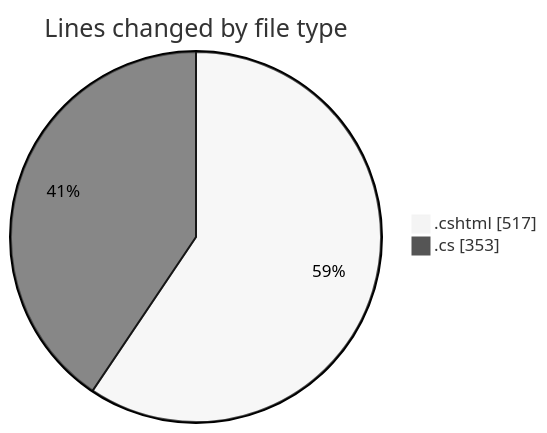
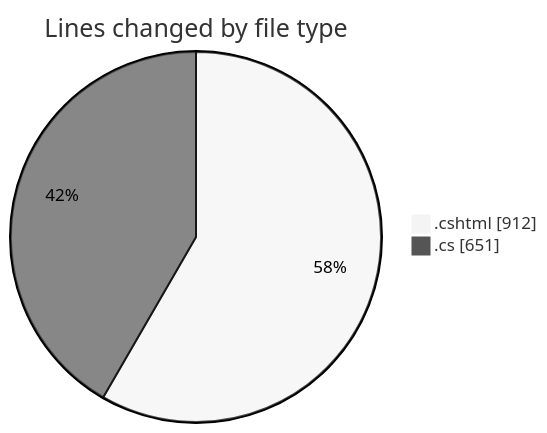
One commit to lephambinh05/code-tracking changed the first of 2 diagrams in 2025-07-17/nhahang/README.md. Above: the diagram before and after it, drawn with Mermaid (neutral theme). The commit also changed other lines of this file and 1 other file, not shown here.

````diff
--- a/2025-07-17/nhahang/README.md
+++ b/2025-07-17/nhahang/README.md
@@ -32,6 +48,6 @@
 ```mermaid
 pie showData
 title Lines changed by file type
-".cshtml" : 517
-".cs" : 353
+".cshtml" : 912
+".cs" : 651
 ```
````
